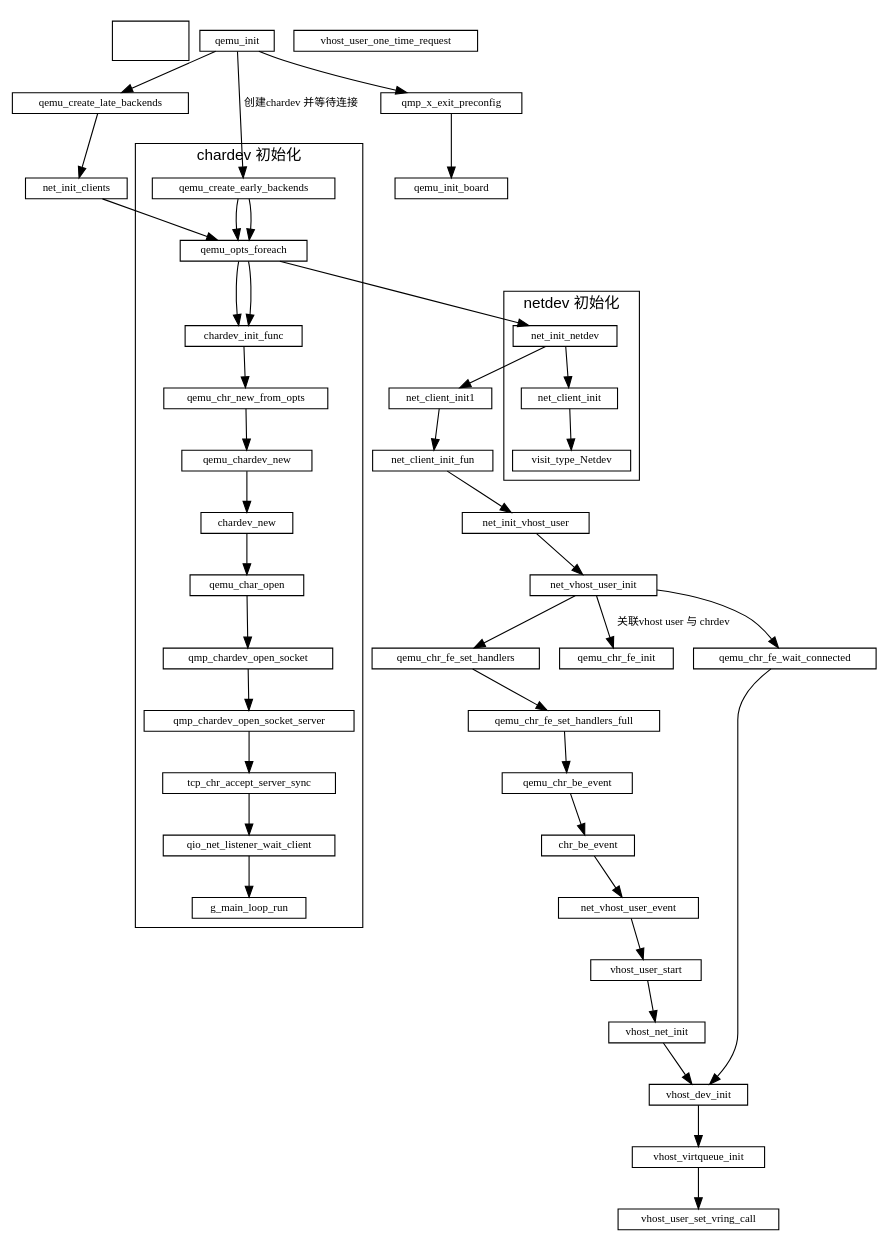
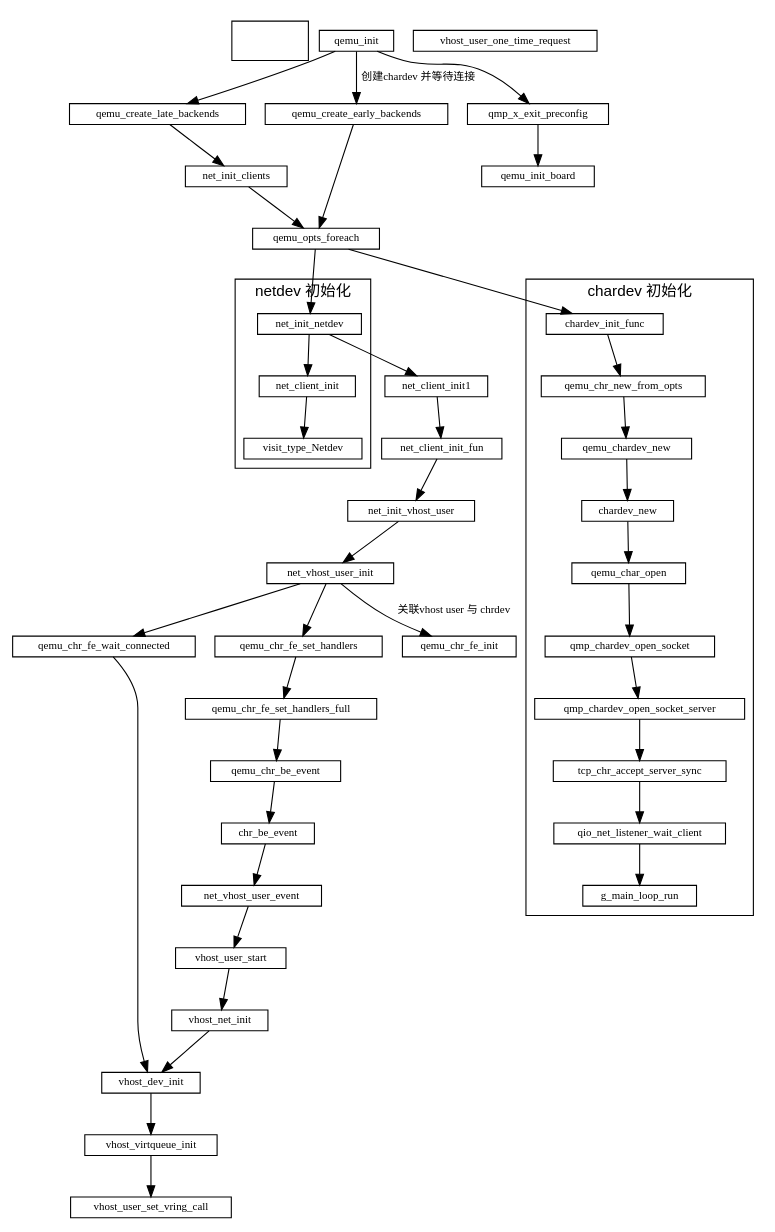
Before and after one commit to sisyphus1212/note: the diagram in qemu/qemu初始化.md, drawn with Graphviz.

Commit message:
auto_update

````diff
--- a/qemu/qemu初始化.md
+++ b/qemu/qemu初始化.md
@@ -11,73 +11,72 @@
 ```graphviz
 digraph {
     fontname="Helvetica,Arial,sans-serif"
     //node [fontname="Helvetica,Arial,sans-serif"]
     //edge [fontname="Helvetica,Arial,sans-serif"]
     //rankdir="LR"
     node [fontsize=10, shape=record, height=0.25]
     edge [fontsize=10]
 
     subgraph  {
         cluster=true
         fd  [style = invis]
     }
 
     qemu_init -> qemu_create_late_backends
               -> net_init_clients
               -> qemu_opts_foreach
               -> net_init_netdev
               -> net_client_init1
               -> net_client_init_fun
               -> net_init_vhost_user
               -> net_vhost_user_init
               -> qemu_chr_fe_wait_connected
               -> vhost_dev_init
     qemu_init -> qemu_create_early_backends[label="创建chardev 并等待连接"]
                  qemu_create_early_backends -> qemu_opts_foreach
                                             -> chardev_init_func
-                                            
+
     subgraph netdev_init {
         label="netdev 初始化";
         cluster=true;
         net_init_netdev
         -> net_client_init
         -> visit_type_Netdev
     }
     subgraph chardev_init {
         label="chardev 初始化";
         cluster=true;
-        qemu_create_early_backends -> qemu_opts_foreach
-                        -> chardev_init_func
+        chardev_init_func
                         -> qemu_chr_new_from_opts
                         -> qemu_chardev_new
                         -> chardev_new
                         -> qemu_char_open
                         -> qmp_chardev_open_socket
                         -> qmp_chardev_open_socket_server
                         -> tcp_chr_accept_server_sync
                         -> qio_net_listener_wait_client
                         -> g_main_loop_run
     }
 
     net_vhost_user_init -> qemu_chr_fe_set_handlers
                         -> qemu_chr_fe_set_handlers_full
                         -> qemu_chr_be_event
                         -> chr_be_event
                         -> net_vhost_user_event
                         -> vhost_user_start
                         -> vhost_net_init
                         -> vhost_dev_init
                         -> vhost_virtqueue_init
                         -> vhost_user_set_vring_call
 
     net_vhost_user_init -> qemu_chr_fe_init[label="关联vhost user 与 chrdev"]
 
     qemu_init -> qmp_x_exit_preconfig -> qemu_init_board // 初始化cpu 内存
 
     vhost_dev_init
 
     net_vhost_user_event
 
     vhost_user_one_time_request
 }
 ```
````
